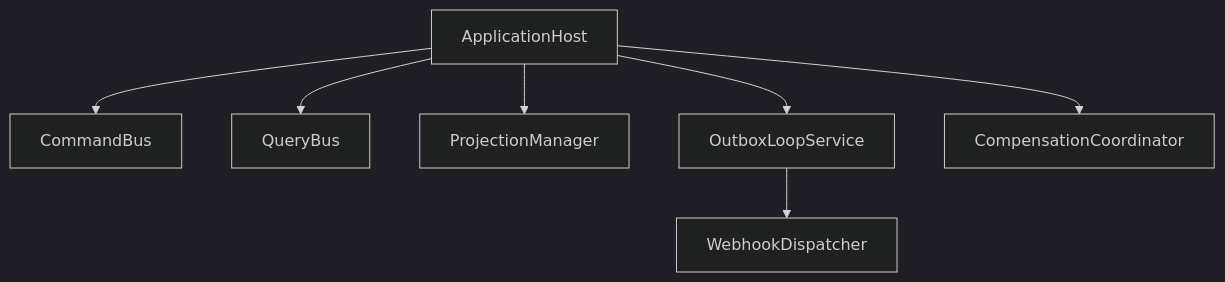
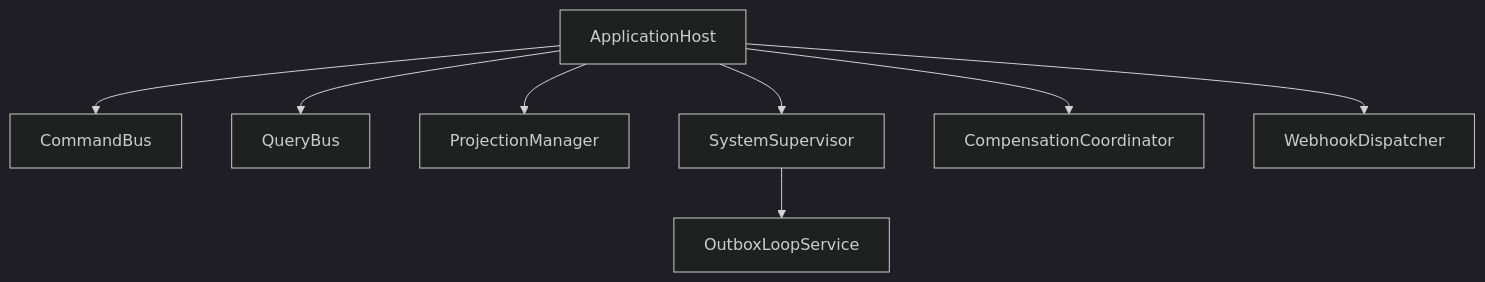
Before and after one commit to JGabrielGruber/palm: the eighth of 10 diagrams in ARCHITECTURE.md, drawn with Mermaid (dark theme). The commit also changed other lines of this file and 18 other files, not shown here.

````diff
--- a/ARCHITECTURE.md
+++ b/ARCHITECTURE.md
@@ -625,17 +625,19 @@
 ```mermaid
 flowchart TB
     host[ApplicationHost]
     cmd[CommandBus]
     qry[QueryBus]
     proj[ProjectionManager]
+    supervisor[SystemSupervisor]
     outbox[OutboxLoopService]
     comp[CompensationCoordinator]
     webhook[WebhookDispatcher]
 
     host --> cmd
     host --> qry
     host --> proj
-    host --> outbox
+    host --> supervisor
+    supervisor --> outbox
     host --> comp
-    outbox --> webhook
+    host --> webhook
 ```
````
